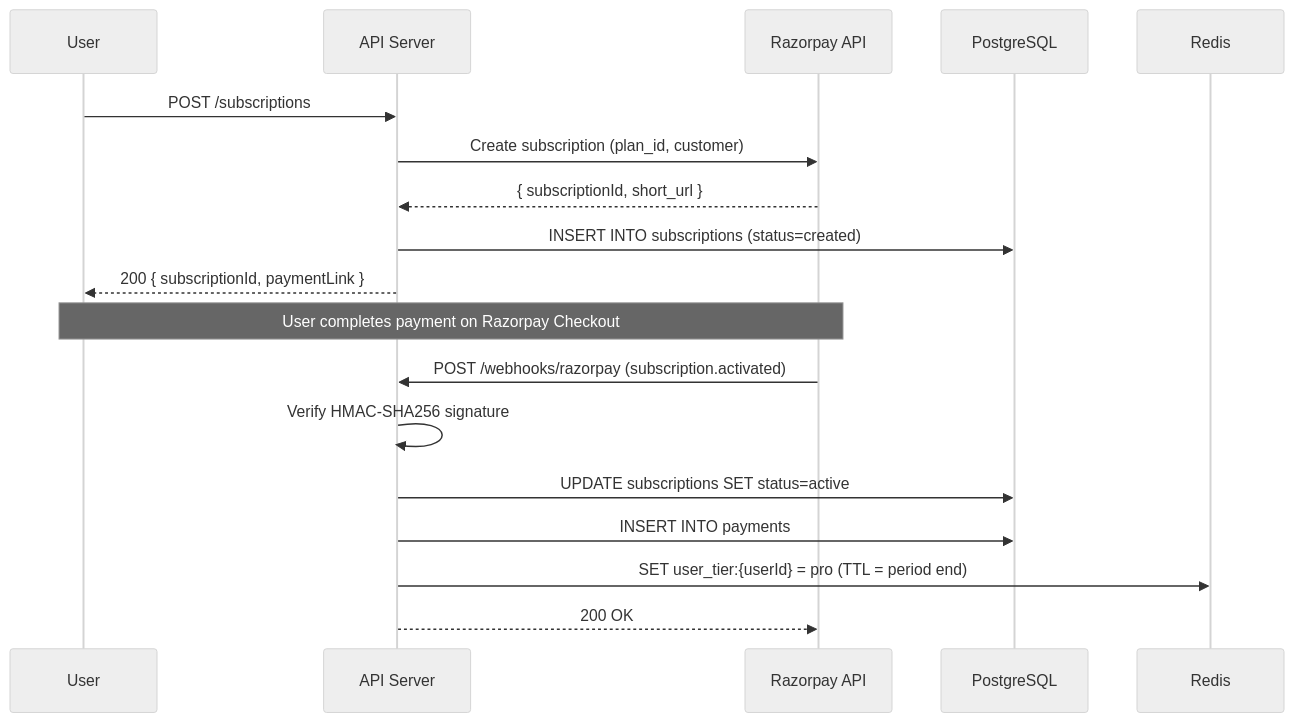
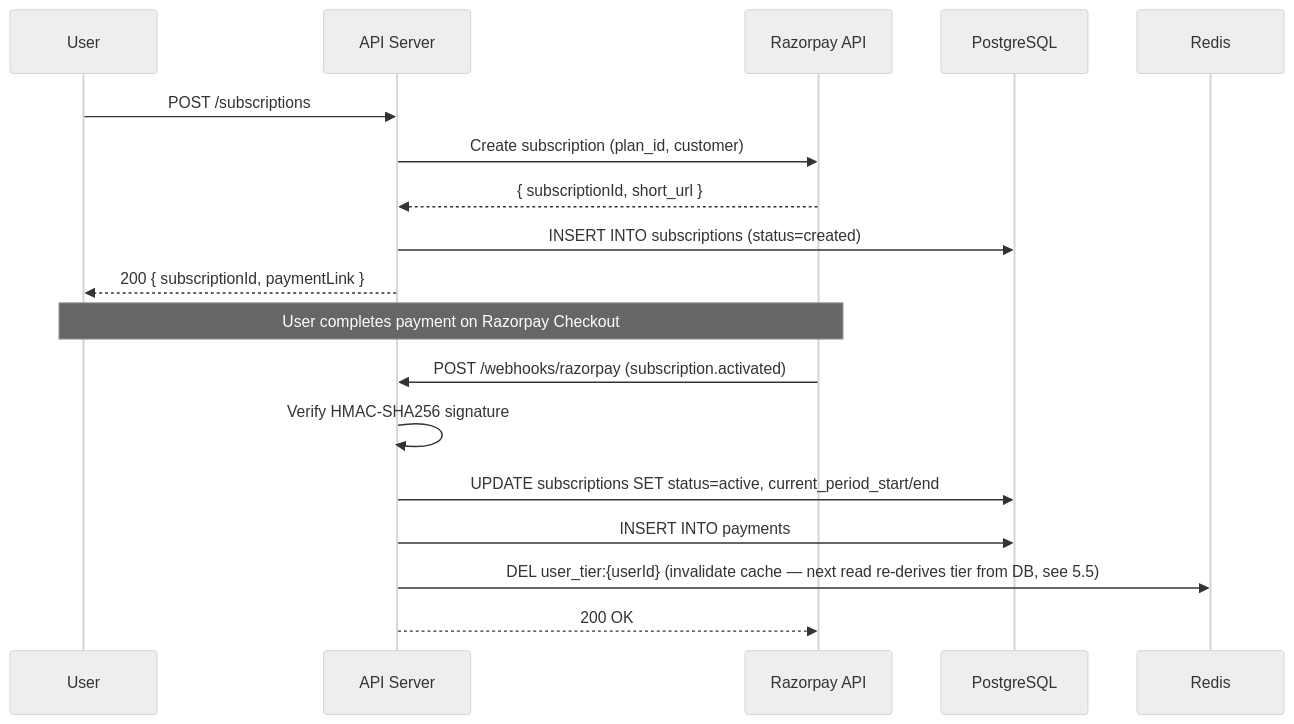
The fourth of 6 diagrams in sovan/spec.md (divii-school/spec-homework), drawn with Mermaid (neutral theme) before and after one commit. The commit also changed other lines of this file, not shown here.

Commit message:
docs(spec): v1.2 — resolve build-test feedback: async analysis (D-01), single upload path (D-02), Pro entitlement rules (D-03)

````diff
--- a/sovan/spec.md
+++ b/sovan/spec.md
@@ -341,21 +369,21 @@
 ```mermaid
 sequenceDiagram
     participant U as User
     participant A as API Server
     participant RP as Razorpay API
     participant DB as PostgreSQL
     participant R as Redis
 
     U->>A: POST /subscriptions
     A->>RP: Create subscription (plan_id, customer)
     RP-->>A: { subscriptionId, short_url }
     A->>DB: INSERT INTO subscriptions (status=created)
     A-->>U: 200 { subscriptionId, paymentLink }
     Note over U,RP: User completes payment on Razorpay Checkout
     RP->>A: POST /webhooks/razorpay (subscription.activated)
     A->>A: Verify HMAC-SHA256 signature
-    A->>DB: UPDATE subscriptions SET status=active
+    A->>DB: UPDATE subscriptions SET status=active, current_period_start/end
     A->>DB: INSERT INTO payments
-    A->>R: SET user_tier:{userId} = pro (TTL = period end)
+    A->>R: DEL user_tier:{userId} (invalidate cache — next read re-derives tier from DB, see 5.5)
     A-->>RP: 200 OK
 ```
````
